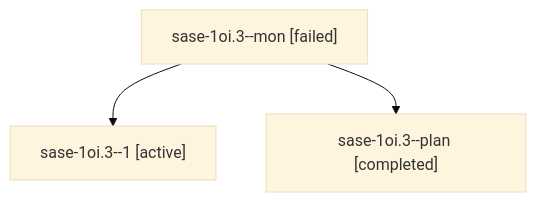
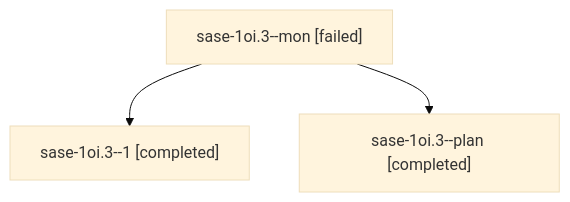
Before and after one commit to sase-org/sase--agents: the diagram in sessions/bbugyi200.athena.sase-1oi.3.md, drawn with Mermaid (base theme). The commit also changed other lines of this file and 19 other files, not shown here.

````diff
--- a/sessions/bbugyi200.athena.sase-1oi.3.md
+++ b/sessions/bbugyi200.athena.sase-1oi.3.md
@@ -9,8 +9,8 @@
 ```mermaid
 flowchart TD
   n0["sase-1oi.3--mon [failed]"]
-  n1["sase-1oi.3--1 [active]"]
+  n1["sase-1oi.3--1 [completed]"]
   n0 --> n1
   n2["sase-1oi.3--plan [completed]"]
   n0 --> n2
 ```
````
